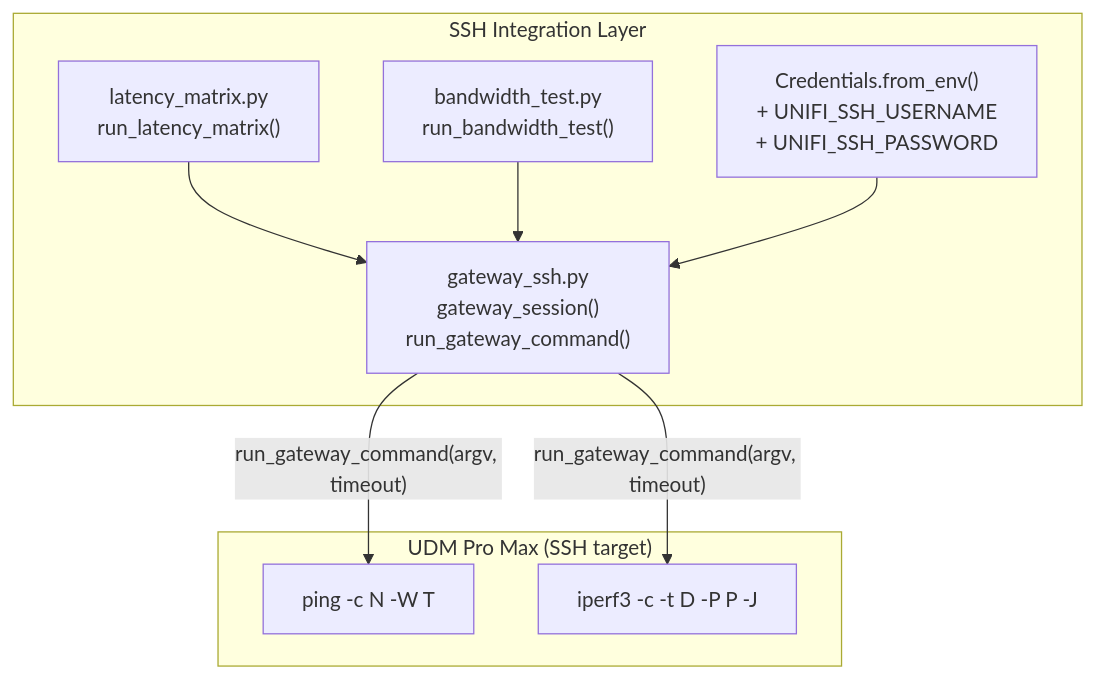
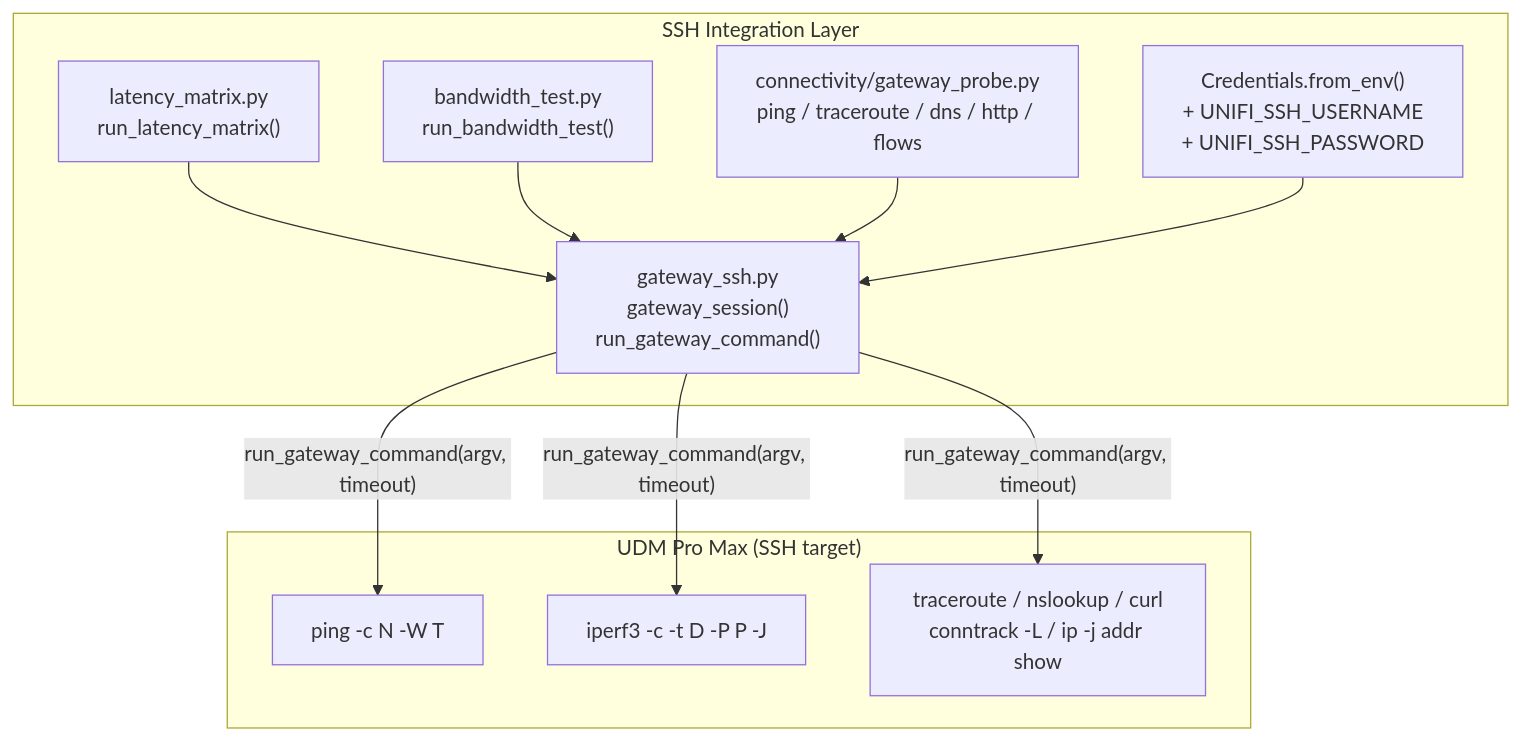
Before and after one commit to NetDevAutomate/unifi_management_cli: diagram 13 of 21 in docs/architecture/architecture-overview.md, drawn with Mermaid. The commit also changed other lines of this file and 14 other files, not shown here.

````diff
--- a/docs/architecture/architecture-overview.md
+++ b/docs/architecture/architecture-overview.md
@@ -911,20 +921,24 @@
 ```mermaid
 graph TD
     subgraph ssh_layer["SSH Integration Layer"]
         LM["latency_matrix.py\nrun_latency_matrix()"]
         BW["bandwidth_test.py\nrun_bandwidth_test()"]
+        GP["connectivity/gateway_probe.py\nping / traceroute / dns / http / flows"]
         GS["gateway_ssh.py\ngateway_session()\nrun_gateway_command()"]
         CREDS["Credentials.from_env()\n+ UNIFI_SSH_USERNAME\n+ UNIFI_SSH_PASSWORD"]
     end
 
     subgraph gateway["UDM Pro Max (SSH target)"]
         PING["ping -c N -W T <ip>"]
         IPERF["iperf3 -c <ip> -t D -P P -J"]
+        PROBES["traceroute / nslookup / curl\nconntrack -L / ip -j addr show"]
     end
 
     LM --> GS
     BW --> GS
+    GP --> GS
     GS -->|"run_gateway_command(argv, timeout)"| PING
     GS -->|"run_gateway_command(argv, timeout)"| IPERF
+    GS -->|"run_gateway_command(argv, timeout)"| PROBES
     CREDS --> GS
 ```
````
